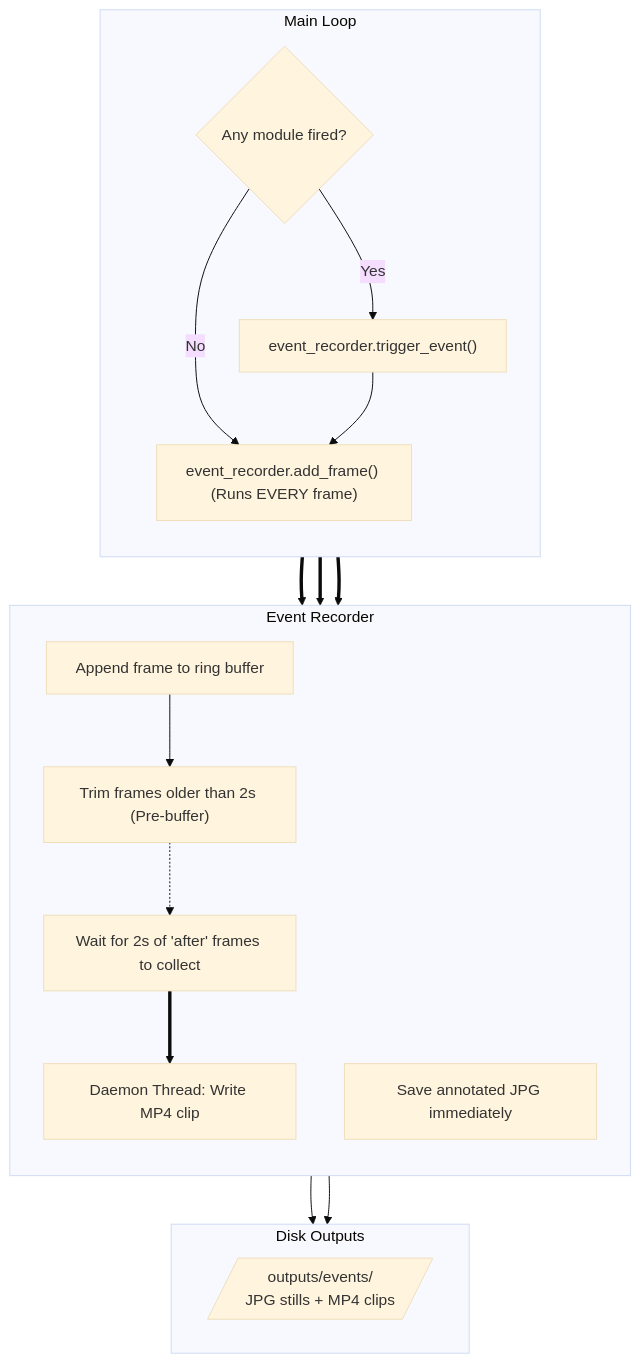
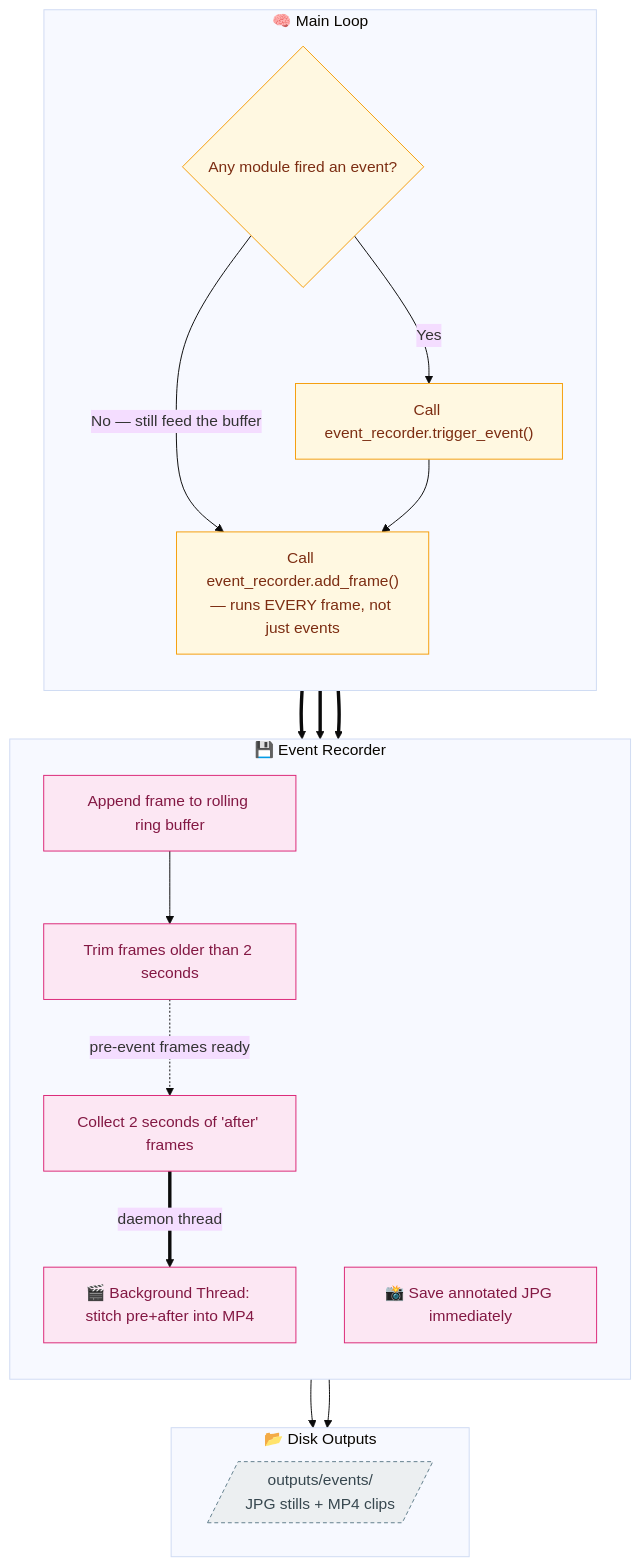
The third of 5 diagrams in PROJECT_FLOWCHART.md (Yuvrajtakk/Traffic_Analysis_YOLO_project), drawn with Mermaid (base theme) before and after one commit. The commit also changed other lines of this file and 1 other file, not shown here.

Commit message:
Enhance README.md with detailed project flow, installation instructions, and outputs. Add sequence diagram for main loop processing. Update performance metrics and limitations sections. Include project structure and tech stack for better clarity.

````diff
--- a/PROJECT_FLOWCHART.md
+++ b/PROJECT_FLOWCHART.md
@@ -106,41 +142,46 @@
 ```mermaid
 flowchart TD
-    %% ═════════════════════ MAIN LOOP ═════════════════════
-    subgraph MAIN["Main Loop"]
+    subgraph MAIN["🧠 Main Loop"]
     direction TB
-        M_ANYEV{"Any module fired?"}
-        M_TRIGGER["event_recorder.trigger_event()"]
-        M_ADDF["event_recorder.add_frame() (Runs EVERY frame)"]
+        M_ANYEV{"Any module fired an event?"}
+        M_TRIGGER["Call event_recorder.trigger_event()"]
+        M_ADDF["Call event_recorder.add_frame()<br>— runs EVERY frame, not just events"]
     end
 
-    %% ═════════════════════ EVENT RECORDER ═════════════════════
-    subgraph REC["Event Recorder"]
+    subgraph REC["💾 Event Recorder"]
     direction TB
-        E_APP["Append frame to ring buffer"]
-        E_TRIM["Trim frames older than 2s (Pre-buffer)"]
-        
-        E_JPG["Save annotated JPG immediately"]
-        E_DISP["Wait for 2s of 'after' frames to collect"]
-        E_WRITE["Daemon Thread: Write MP4 clip"]
+        E_APP["Append frame to rolling ring buffer"]
+        E_TRIM["Trim frames older than 2 seconds"]
+
+        E_JPG["📸 Save annotated JPG immediately"]
+        E_DISP["Collect 2 seconds of 'after' frames"]
+        E_WRITE["🎬 Background Thread: stitch pre+after into MP4"]
     end
 
-    %% ═════════════════════ EXTERNAL WORLD ═════════════════════
-    subgraph EXT["Disk Outputs"]
+    subgraph EXT["📂 Disk Outputs"]
     direction LR
         X_OUT[/"outputs/events/<br>JPG stills + MP4 clips"/]
     end
 
     M_ANYEV -->|"Yes"| M_TRIGGER
-    M_ANYEV -->|"No"| M_ADDF
+    M_ANYEV -->|"No — still feed the buffer"| M_ADDF
     M_TRIGGER --> M_ADDF
-    
+
     M_ADDF ==> E_APP --> E_TRIM
     M_TRIGGER ==> E_JPG
     M_TRIGGER ==> E_DISP
-    
-    E_TRIM -.-> E_DISP
-    E_DISP ==> E_WRITE
-    
+
+    E_TRIM -.->|"pre-event frames ready"| E_DISP
+    E_DISP ==>|"daemon thread"| E_WRITE
+
     E_JPG --> X_OUT
     E_WRITE --> X_OUT
+
+    classDef mainC fill:#FFF8E1,stroke:#F59E0B,color:#7C2D12
+    classDef recC fill:#FCE7F3,stroke:#DB2777,color:#831843
+    classDef outC fill:#ECEFF1,stroke:#607D8B,color:#37474F,stroke-dasharray:4 3
+
+    class M_ANYEV,M_TRIGGER,M_ADDF mainC
+    class E_APP,E_TRIM,E_JPG,E_DISP,E_WRITE recC
+    class X_OUT outC
 ```
````
